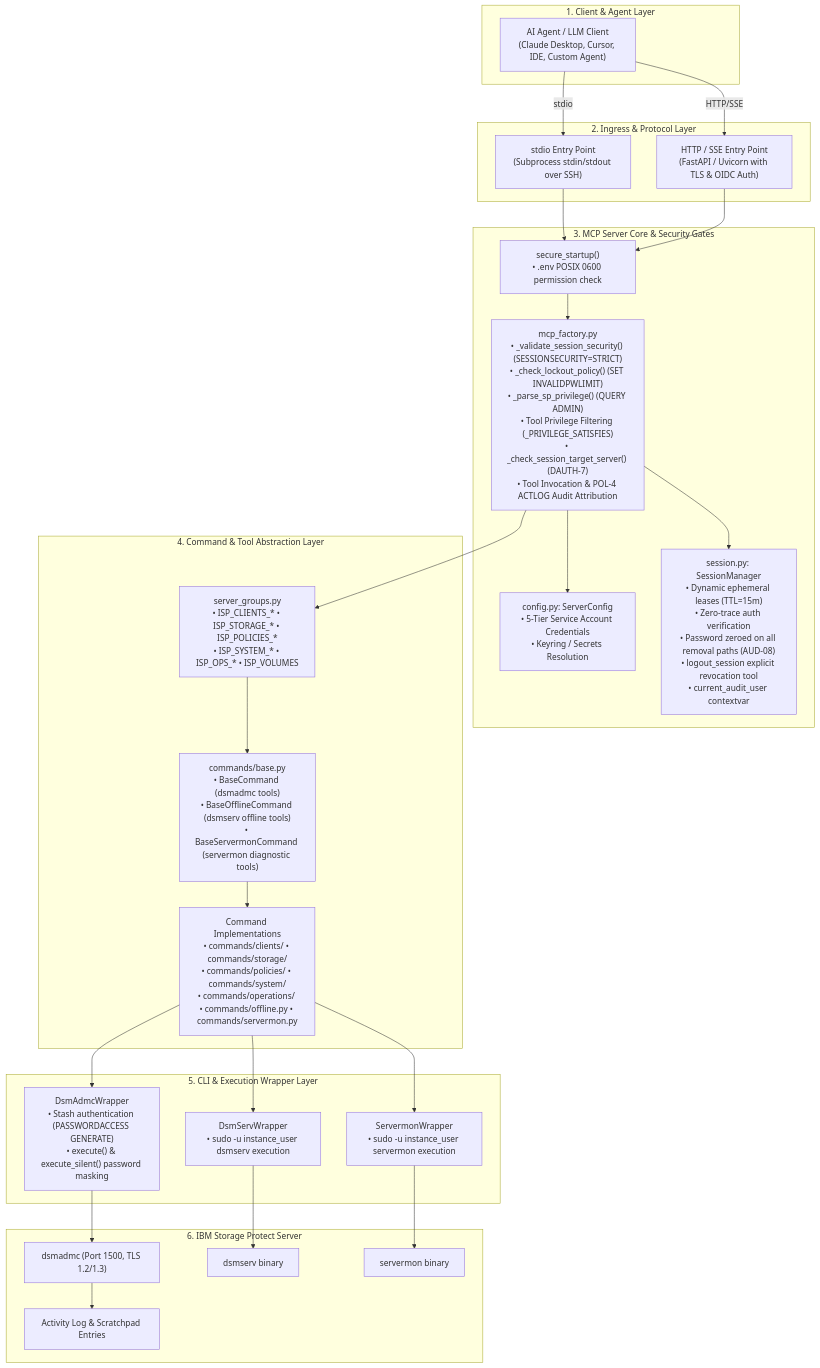
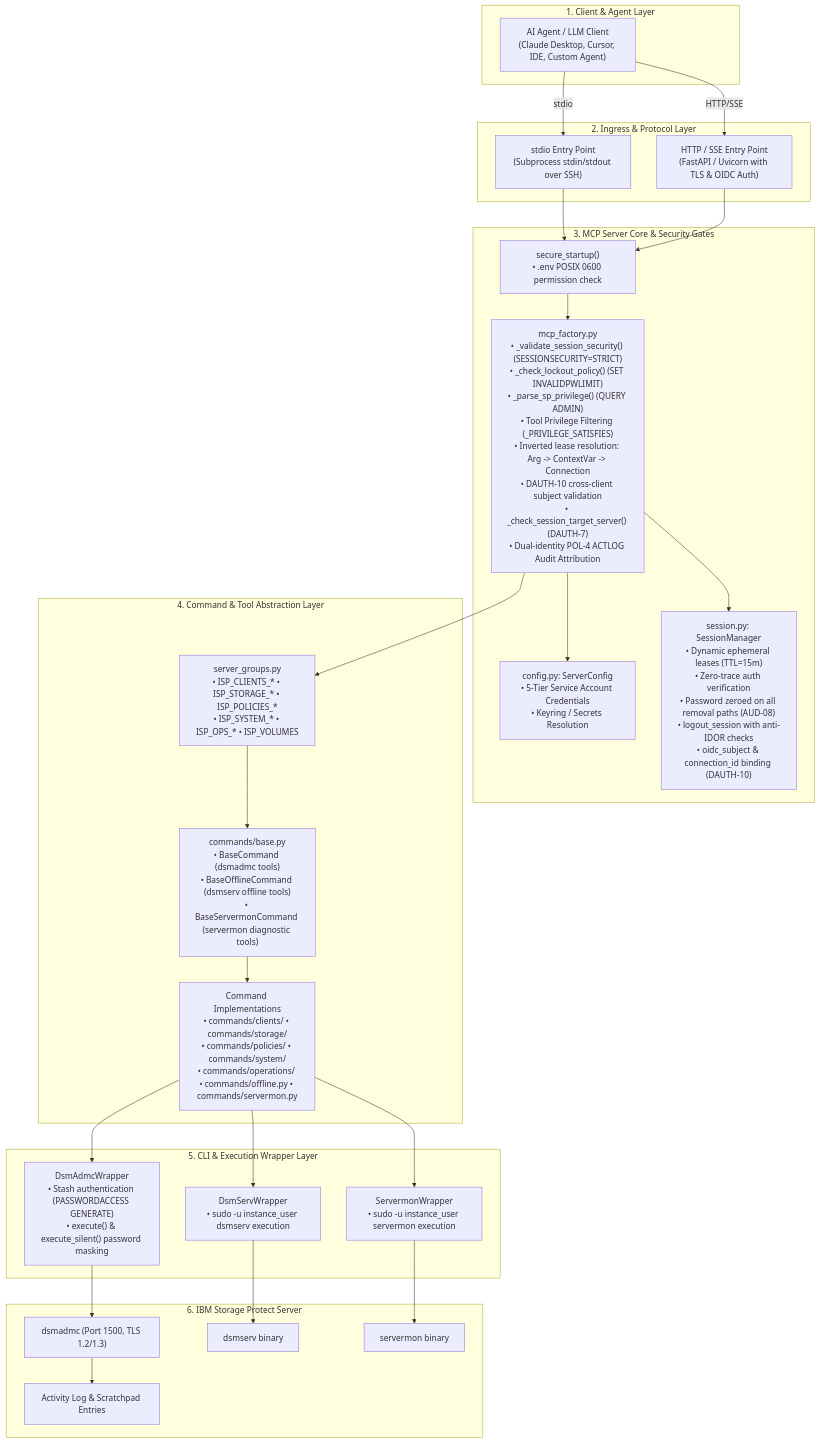
One commit to IBM/storage-protect-mcp-server changed the first of 6 diagrams in docs/architecture/architecture.md. Above: the diagram before and after it, drawn with Mermaid. The commit also changed other lines of this file and 65 other files, not shown here.

First line of the commit message:
Enforce multi-client transport isolation and compound audit trail

````diff
--- a/docs/architecture/architecture.md
+++ b/docs/architecture/architecture.md
@@ -53,55 +54,55 @@
 ```mermaid
 graph TD
     subgraph ClientTier ["1. Client & Agent Layer"]
         AGENT["AI Agent / LLM Client\n(Claude Desktop, Cursor, IDE, Custom Agent)"]
     end
 
     subgraph IngressTier ["2. Ingress & Protocol Layer"]
         STDIO_EP["stdio Entry Point\n(Subprocess stdin/stdout over SSH)"]
         HTTP_EP["HTTP / SSE Entry Point\n(FastAPI / Uvicorn with TLS & OIDC Auth)"]
     end
 
     subgraph CoreTier ["3. MCP Server Core & Security Gates"]
         SEC_START["secure_startup()\n• .env POSIX 0600 permission check"]
         CONFIG_MGR["config.py: ServerConfig\n• 5-Tier Service Account Credentials\n• Keyring / Secrets Resolution"]
-        SESS_MGR["session.py: SessionManager\n• Dynamic ephemeral leases (TTL=15m)\n• Zero-trace auth verification\n• Password zeroed on all removal paths (AUD-08)\n• logout_session explicit revocation tool\n• current_audit_user contextvar"]
-        FACTORY["mcp_factory.py\n• _validate_session_security() (SESSIONSECURITY=STRICT)\n• _check_lockout_policy() (SET INVALIDPWLIMIT)\n• _parse_sp_privilege() (QUERY ADMIN)\n• Tool Privilege Filtering (_PRIVILEGE_SATISFIES)\n• _check_session_target_server() (DAUTH-7)\n• Tool Invocation & POL-4 ACTLOG Audit Attribution"]
+        SESS_MGR["session.py: SessionManager\n• Dynamic ephemeral leases (TTL=15m)\n• Zero-trace auth verification\n• Password zeroed on all removal paths (AUD-08)\n• logout_session with anti-IDOR checks\n• oidc_subject & connection_id binding (DAUTH-10)"]
+        FACTORY["mcp_factory.py\n• _validate_session_security() (SESSIONSECURITY=STRICT)\n• _check_lockout_policy() (SET INVALIDPWLIMIT)\n• _parse_sp_privilege() (QUERY ADMIN)\n• Tool Privilege Filtering (_PRIVILEGE_SATISFIES)\n• Inverted lease resolution: Arg -> ContextVar -> Connection\n• DAUTH-10 cross-client subject validation\n• _check_session_target_server() (DAUTH-7)\n• Dual-identity POL-4 ACTLOG Audit Attribution"]
     end
 
     subgraph ModuleTier ["4. Command & Tool Abstraction Layer"]
         GROUPS["server_groups.py\n• ISP_CLIENTS_* • ISP_STORAGE_* • ISP_POLICIES_*\n• ISP_SYSTEM_* • ISP_OPS_* • ISP_VOLUMES"]
         BASE_CMD["commands/base.py\n• BaseCommand (dsmadmc tools)\n• BaseOfflineCommand (dsmserv offline tools)\n• BaseServermonCommand (servermon diagnostic tools)"]
         IMPL_CMD["Command Implementations\n• commands/clients/ • commands/storage/\n• commands/policies/ • commands/system/\n• commands/operations/ • commands/offline.py • commands/servermon.py"]
     end
 
     subgraph WrapperTier ["5. CLI & Execution Wrapper Layer"]
         ADMC_WRAP["DsmAdmcWrapper\n• Stash authentication (PASSWORDACCESS GENERATE)\n• execute() & execute_silent() password masking"]
         SERV_WRAP["DsmServWrapper\n• sudo -u instance_user dsmserv execution"]
         MON_WRAP["ServermonWrapper\n• sudo -u instance_user servermon execution"]
     end
 
     subgraph StorageProtectTier ["6. IBM Storage Protect Server"]
         DSMADMC["dsmadmc (Port 1500, TLS 1.2/1.3)"]
         DSMSERV["dsmserv binary"]
         SERVERMON["servermon binary"]
         ACTLOG["Activity Log & Scratchpad Entries"]
     end
 
     AGENT -->|stdio| STDIO_EP
     AGENT -->|HTTP/SSE| HTTP_EP
     STDIO_EP --> SEC_START
     HTTP_EP --> SEC_START
     SEC_START --> FACTORY
     FACTORY --> SESS_MGR
     FACTORY --> CONFIG_MGR
     FACTORY --> GROUPS
     GROUPS --> BASE_CMD
     BASE_CMD --> IMPL_CMD
     IMPL_CMD --> ADMC_WRAP
     IMPL_CMD --> SERV_WRAP
     IMPL_CMD --> MON_WRAP
     ADMC_WRAP --> DSMADMC
     SERV_WRAP --> DSMSERV
     MON_WRAP --> SERVERMON
     DSMADMC --> ACTLOG
 ```
````
